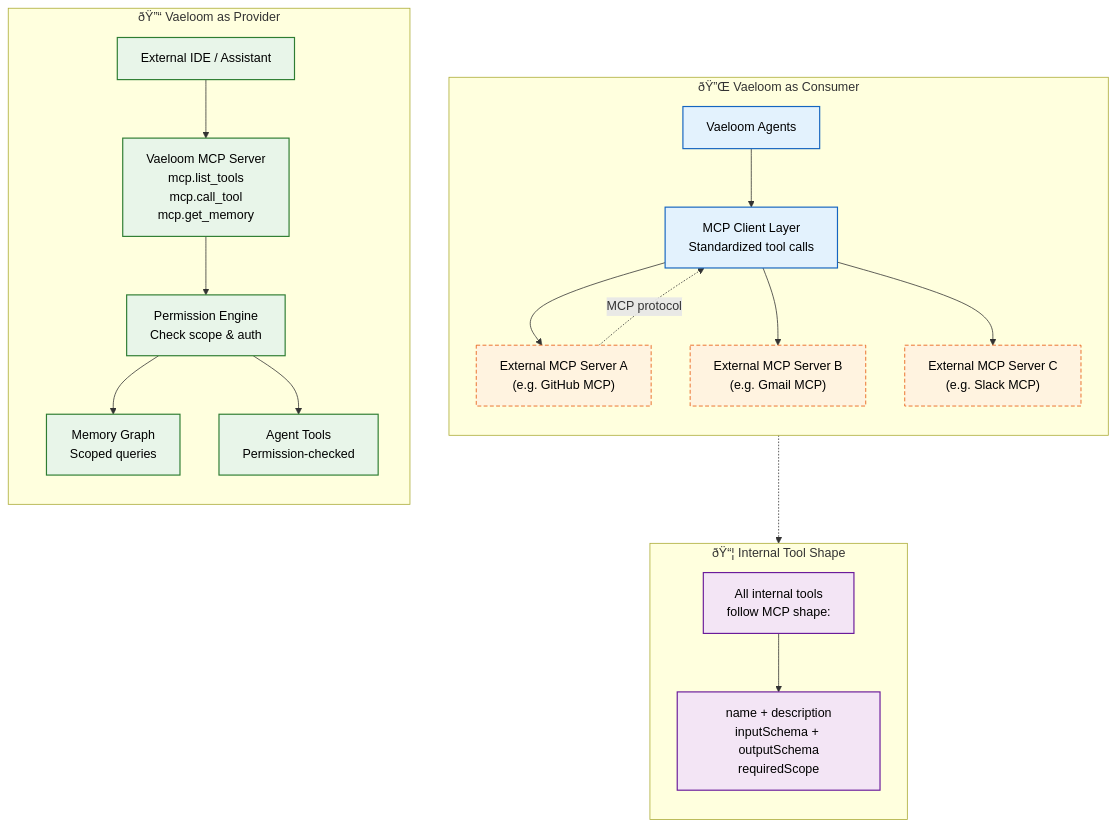
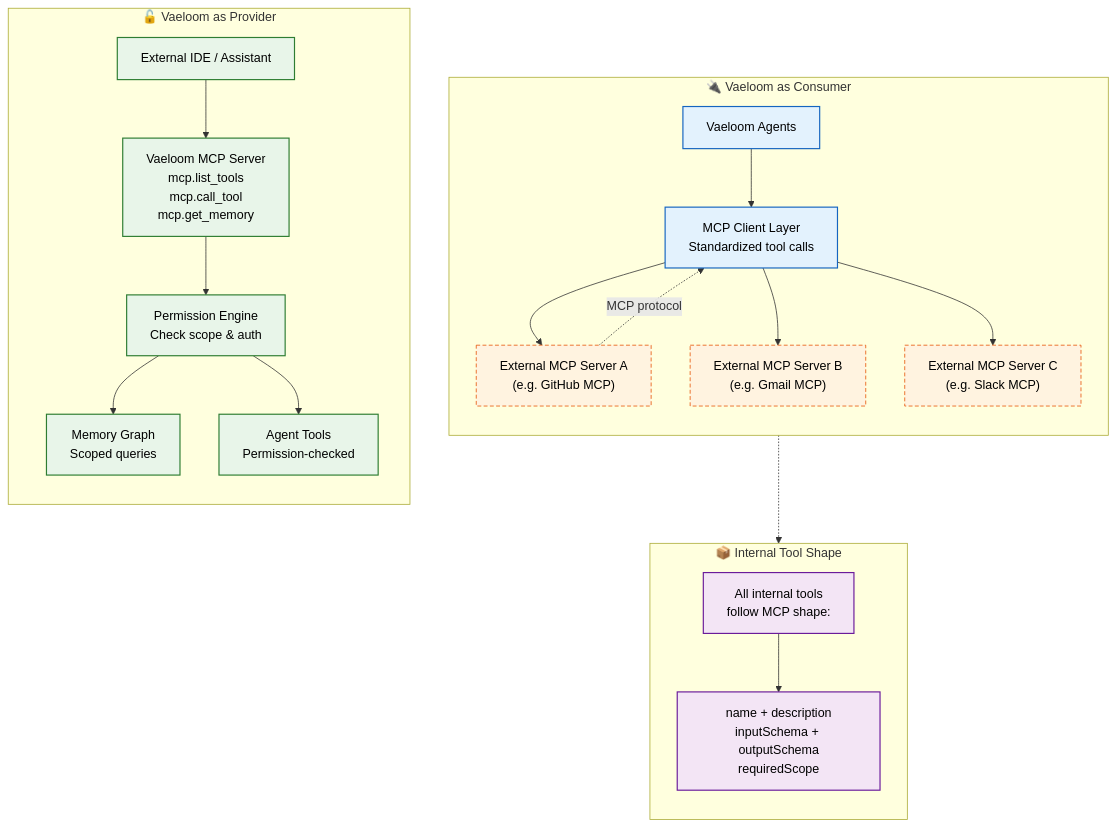
Before and after one commit to Driftloom/Vaeloom: the first of 2 diagrams in Docs/AI/MCP.md, drawn with Mermaid. The commit also changed other lines of this file and 18 other files, not shown here.

Commit message:
docs(ai): add AI architecture overview and model routing

````diff
--- a/Docs/AI/MCP.md
+++ b/Docs/AI/MCP.md
@@ -27,39 +27,39 @@
 ```mermaid
 graph TD
     classDef consumer fill:#e3f2fd,stroke:#1565c0,color:#000,stroke-width:1.5px
     classDef provider fill:#e8f5e9,stroke:#2e7d32,color:#000,stroke-width:1.5px
     classDef external fill:#fff3e0,stroke:#e65100,color:#000,stroke-width:1px,stroke-dasharray: 5 3
     classDef internal fill:#f3e5f5,stroke:#6a1b9a,color:#000,stroke-width:1.5px
 
-    subgraph Consumer["ðŸ”Œ Vaeloom as Consumer"]
+    subgraph Consumer["🔌 Vaeloom as Consumer"]
         direction TB
         AGENTS["Vaeloom Agents"] --> MCP_CLIENT["MCP Client Layer<br/>Standardized tool calls"]
         MCP_CLIENT --> EXT_MCP1["External MCP Server A<br/>(e.g. GitHub MCP)"]
         MCP_CLIENT --> EXT_MCP2["External MCP Server B<br/>(e.g. Gmail MCP)"]
         MCP_CLIENT --> EXT_MCP3["External MCP Server C<br/>(e.g. Slack MCP)"]
     end
 
-    subgraph Provider["ðŸ”“ Vaeloom as Provider"]
+    subgraph Provider["🔓 Vaeloom as Provider"]
         direction TB
         EXT_CLIENT["External IDE / Assistant"] --> MCP_SERVER["Vaeloom MCP Server<br/>mcp.list_tools<br/>mcp.call_tool<br/>mcp.get_memory"]
         MCP_SERVER --> PERM["Permission Engine<br/>Check scope & auth"]
         PERM --> MEM["Memory Graph<br/>Scoped queries"]
         PERM --> TOOLS["Agent Tools<br/>Permission-checked"]
     end
 
-    subgraph Internal["ðŸ“¦ Internal Tool Shape"]
+    subgraph Internal["📦 Internal Tool Shape"]
         direction TB
         ALL["All internal tools<br/>follow MCP shape:"]
         SCHEMA["name + description<br/>inputSchema + outputSchema<br/>requiredScope"]
     end
 
     AGENTS -.-> ALL
     ALL --> SCHEMA
     EXT_MCP1 -.->|MCP protocol| MCP_CLIENT
 
     class AGENTS,MCP_CLIENT consumer
     class EXT_CLIENT,MCP_SERVER,PERM,MEM,TOOLS provider
     class EXT_MCP1,EXT_MCP2,EXT_MCP3 external
     class ALL,SCHEMA internal
 
 ```
````
